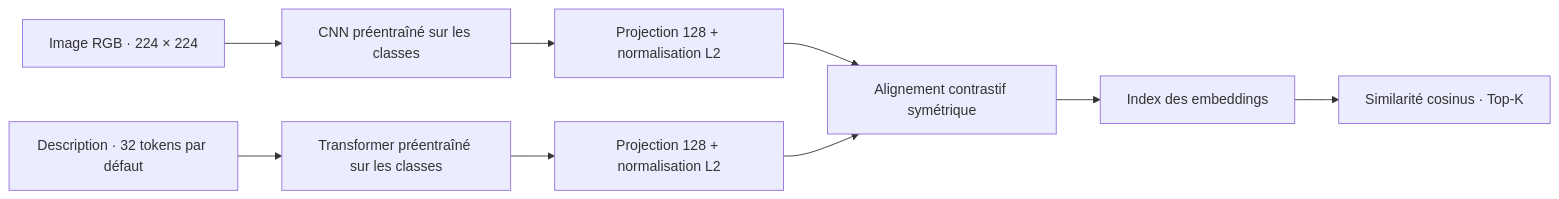
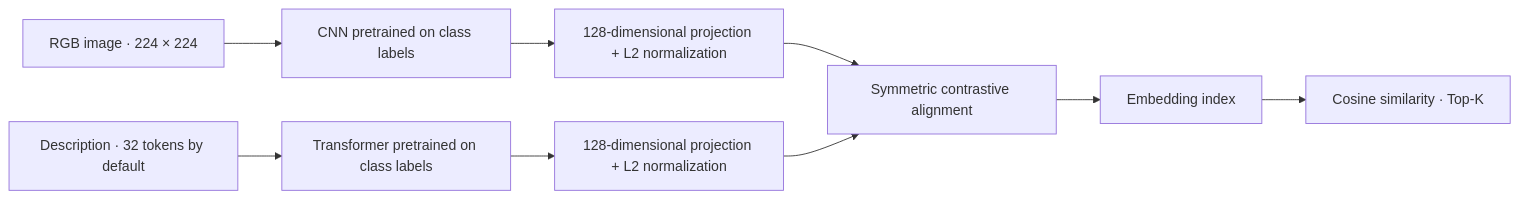
One commit to ahmedramibelghuith/CLIP_Dog_Ball_Cyclist changed the diagram in README.md. Above: the diagram before and after it, drawn with Mermaid. The commit also changed other lines of this file, not shown here.

````diff
--- a/README.md
+++ b/README.md
@@ -64,11 +64,11 @@
 ```mermaid
 flowchart LR
-    I["Image RGB · 224 × 224"] --> CNN["CNN préentraîné sur les classes"]
-    T["Description · 32 tokens par défaut"] --> TR["Transformer préentraîné sur les classes"]
-    CNN --> PI["Projection 128 + normalisation L2"]
-    TR --> PT["Projection 128 + normalisation L2"]
-    PI --> C["Alignement contrastif symétrique"]
+    I["RGB image · 224 × 224"] --> CNN["CNN pretrained on class labels"]
+    T["Description · 32 tokens by default"] --> TR["Transformer pretrained on class labels"]
+    CNN --> PI["128-dimensional projection + L2 normalization"]
+    TR --> PT["128-dimensional projection + L2 normalization"]
+    PI --> C["Symmetric contrastive alignment"]
     PT --> C
-    C --> G["Index des embeddings"]
-    G --> S["Similarité cosinus · Top-K"]
+    C --> G["Embedding index"]
+    G --> S["Cosine similarity · Top-K"]
 ```
````
